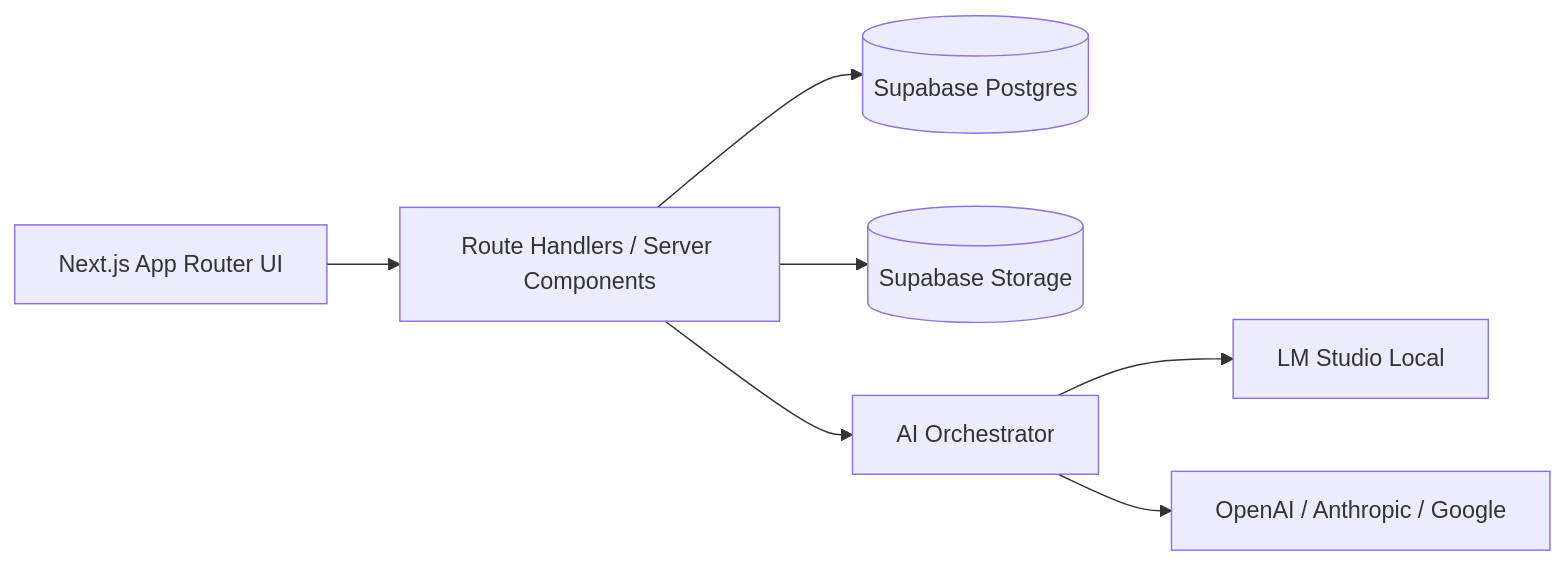
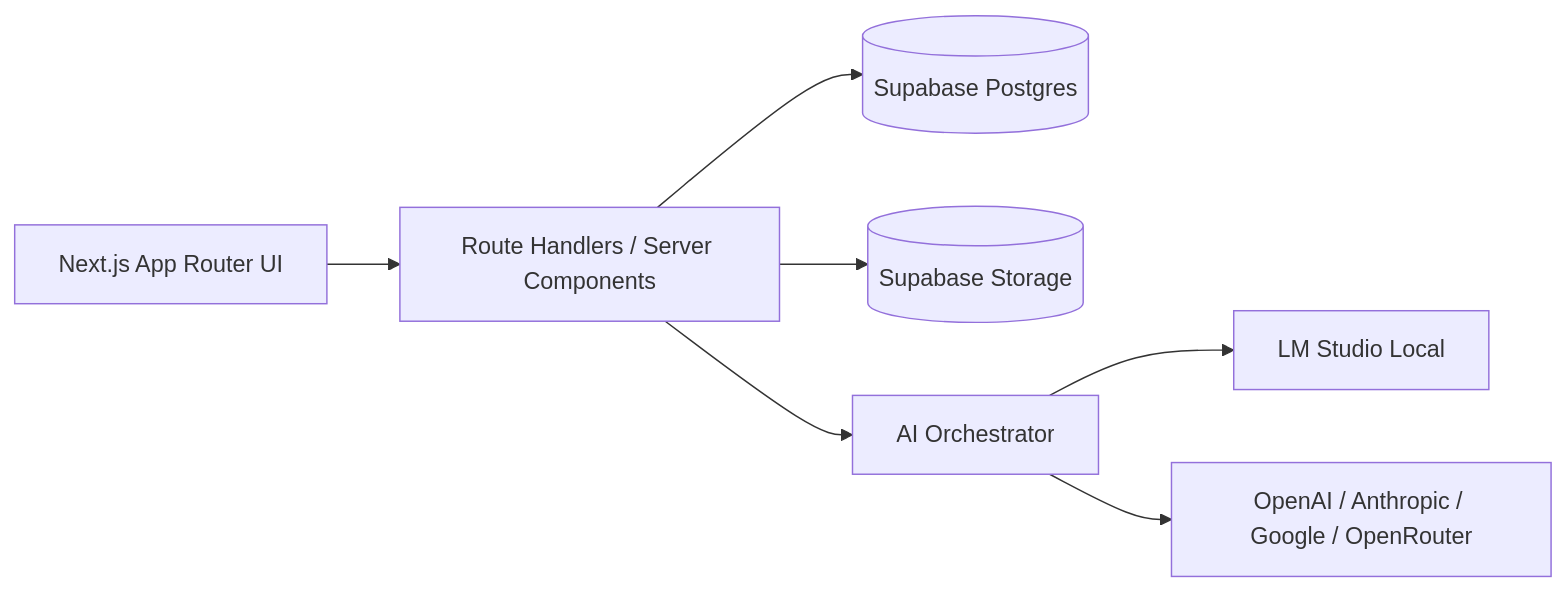
The first of 2 diagrams in docs/ARCHITECTURE.md (ricardojjulia/BookForge), drawn with Mermaid before and after one commit. The commit also changed other lines of this file and 23 other files, not shown here.

First line of the commit message:
v0.4.0: OpenRouter provider, per-task model routing, rewrite reliability

````diff
--- a/docs/ARCHITECTURE.md
+++ b/docs/ARCHITECTURE.md
@@ -19,9 +19,9 @@
 ```mermaid
 flowchart LR
   UI[Next.js App Router UI] --> API[Route Handlers / Server Components]
   API --> DB[(Supabase Postgres)]
   API --> Storage[(Supabase Storage)]
   API --> AI[AI Orchestrator]
   AI --> LM[LM Studio Local]
-  AI --> Cloud[OpenAI / Anthropic / Google]
+  AI --> Cloud[OpenAI / Anthropic / Google / OpenRouter]
 ```
````
